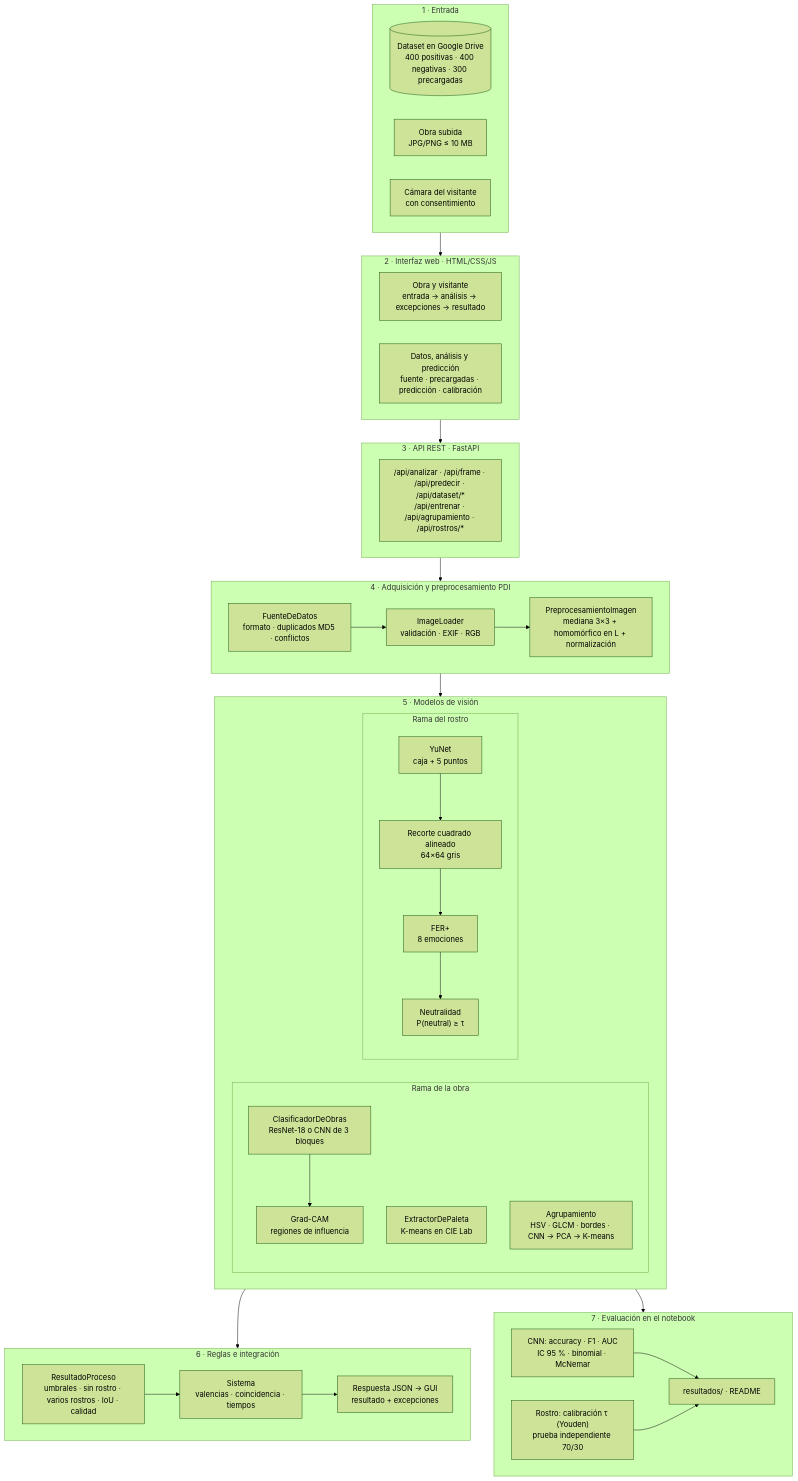
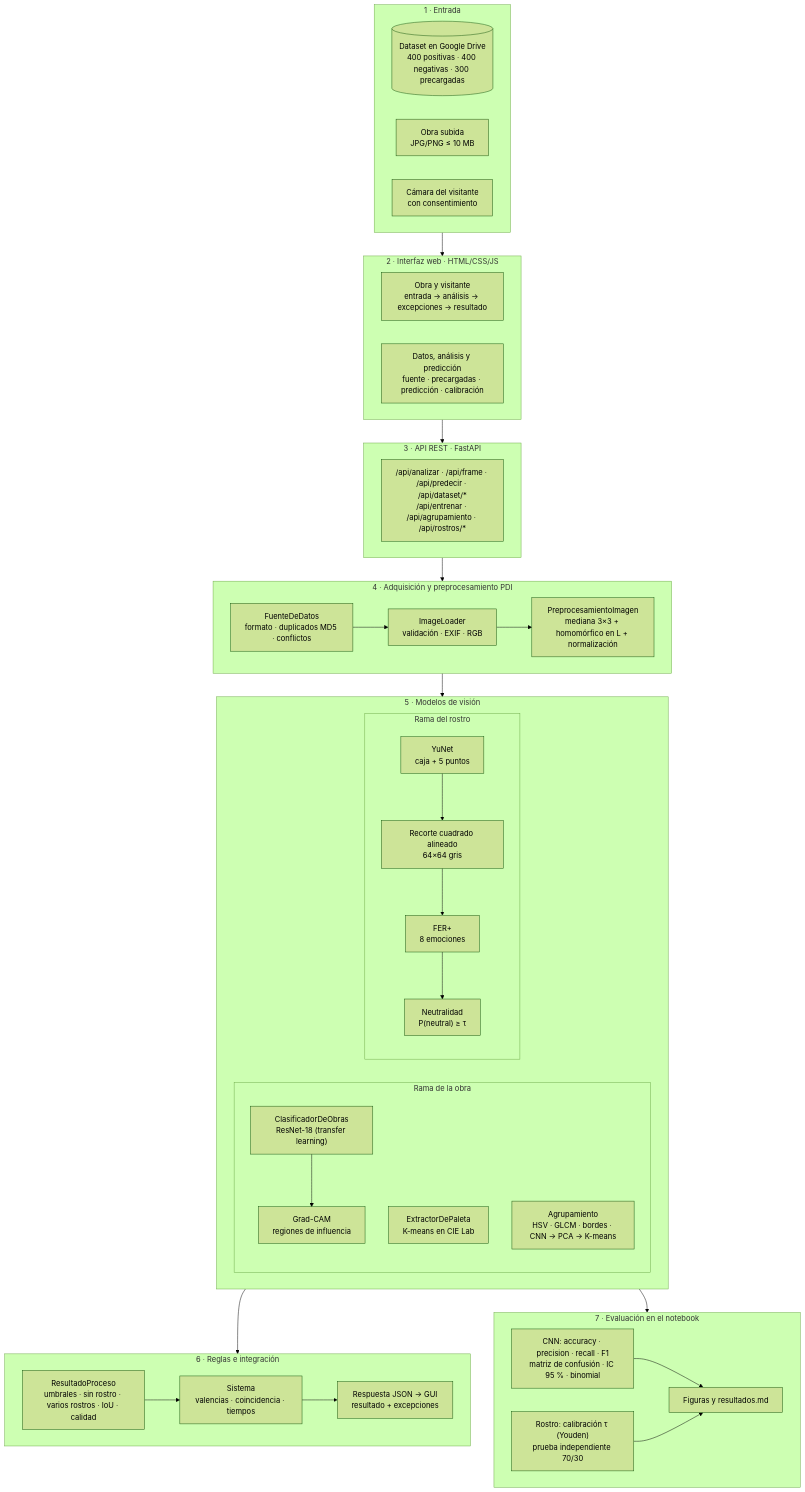
The first of 2 diagrams in README.md (Ryuukatsuro25/PDI-Proyecto-final), drawn with Mermaid (forest theme) before and after one commit. The commit also changed other lines of this file and 177 other files, not shown here.

````diff
--- a/README.md
+++ b/README.md
@@ -64,48 +104,48 @@
 ```mermaid
 flowchart TB
     subgraph E["1 · Entrada"]
         direction LR
         D1[("Dataset en Google Drive<br/>400 positivas · 400 negativas · 300 precargadas")]
         U1["Obra subida<br/>JPG/PNG ≤ 10 MB"]
         U2["Cámara del visitante<br/>con consentimiento"]
     end
     subgraph G["2 · Interfaz web · HTML/CSS/JS"]
         direction LR
         G1["Obra y visitante<br/>entrada → análisis → excepciones → resultado"]
         G2["Datos, análisis y predicción<br/>fuente · precargadas · predicción · calibración"]
     end
     subgraph A["3 · API REST · FastAPI"]
         A1["/api/analizar · /api/frame · /api/predecir · /api/dataset/*<br/>/api/entrenar · /api/agrupamiento · /api/rostros/*"]
     end
     subgraph P["4 · Adquisición y preprocesamiento PDI"]
         direction LR
         P1["FuenteDeDatos<br/>formato · duplicados MD5 · conflictos"] --> P2["ImageLoader<br/>validación · EXIF · RGB"] --> P3["PreprocesamientoImagen<br/>mediana 3×3 + homomórfico en L + normalización"]
     end
     subgraph M["5 · Modelos de visión"]
         direction LR
         subgraph MO["Rama de la obra"]
             direction TB
-            M1["ClasificadorDeObras<br/>ResNet-18 o CNN de 3 bloques"] --> M2["Grad-CAM<br/>regiones de influencia"]
+            M1["ClasificadorDeObras<br/>ResNet-18 (transfer learning)"] --> M2["Grad-CAM<br/>regiones de influencia"]
             M3["ExtractorDePaleta<br/>K-means en CIE Lab"]
             M4["Agrupamiento<br/>HSV · GLCM · bordes · CNN → PCA → K-means"]
         end
         subgraph MR["Rama del rostro"]
             direction TB
             F1["YuNet<br/>caja + 5 puntos"] --> F2["Recorte cuadrado alineado<br/>64×64 gris"] --> F3["FER+<br/>8 emociones"] --> F4["Neutralidad<br/>P(neutral) ≥ τ"]
         end
     end
     subgraph R["6 · Reglas e integración"]
         direction LR
         R1["ResultadoProceso<br/>umbrales · sin rostro · varios rostros · IoU · calidad"] --> R2["Sistema<br/>valencias · coincidencia · tiempos"] --> R3["Respuesta JSON → GUI<br/>resultado + excepciones"]
     end
     subgraph V["7 · Evaluación en el notebook"]
         direction LR
-        V1["CNN: accuracy · F1 · AUC<br/>IC 95 % · binomial · McNemar"]
+        V1["CNN: accuracy · precision · recall · F1<br/>matriz de confusión · IC 95 % · binomial"]
         V2["Rostro: calibración τ (Youden)<br/>prueba independiente 70/30"]
-        V3["resultados/ · README"]
+        V3["Figuras y resultados.md"]
     end
     E --> G --> A --> P --> M --> R
     M --> V
     V1 --> V3
     V2 --> V3
 ```
````
